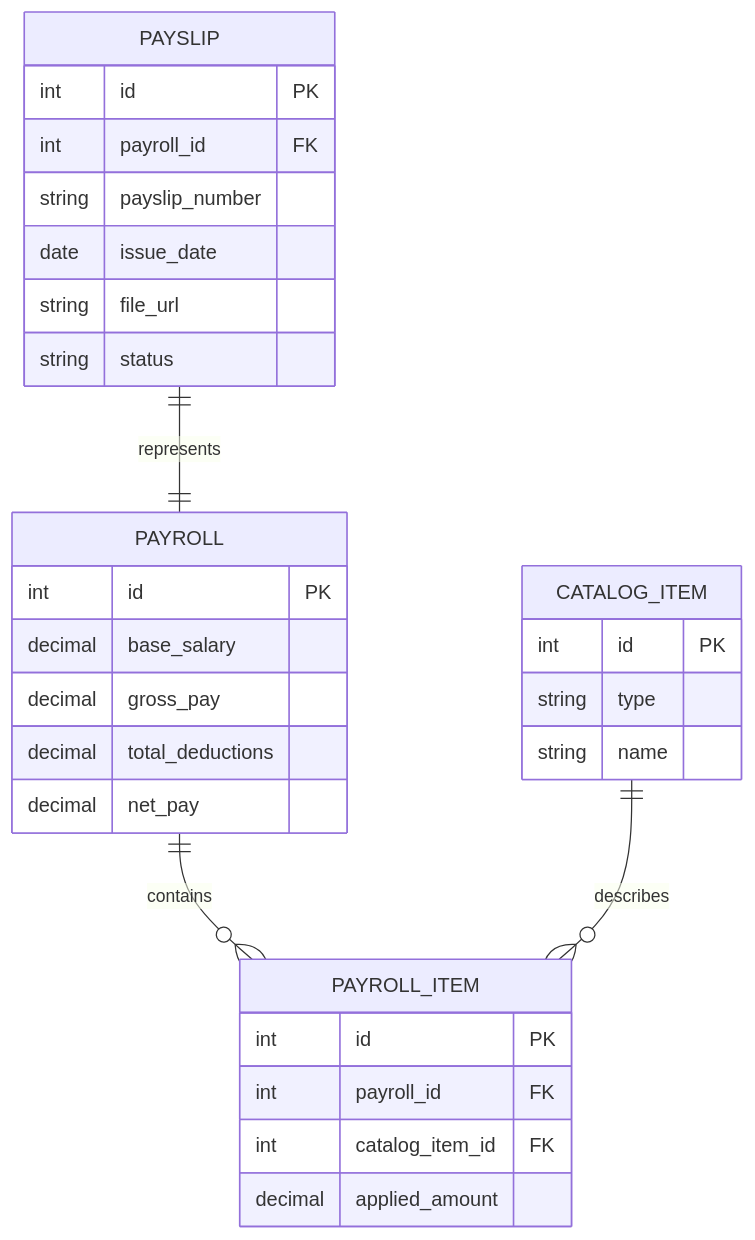
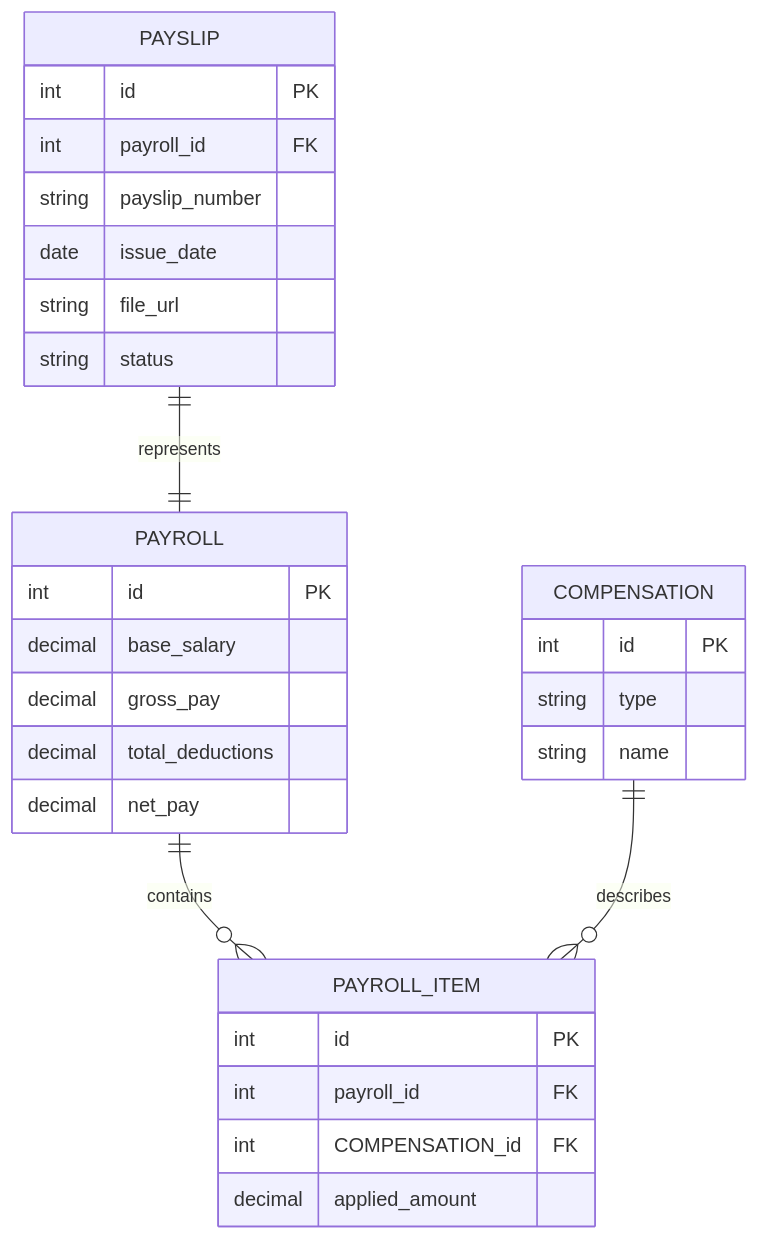
The fourth of 7 diagrams in docs/payroll/README.md (votrongdao/Copilot.HR), drawn with Mermaid before and after one commit. The commit also changed other lines of this file and 9 other files, not shown here.

````diff
--- a/docs/payroll/README.md
+++ b/docs/payroll/README.md
@@ -108,36 +120,36 @@
 ```mermaid
 erDiagram
     PAYSLIP ||--|| PAYROLL : "represents"
     PAYROLL ||--o{ PAYROLL_ITEM : "contains"
-    CATALOG_ITEM ||--o{ PAYROLL_ITEM : "describes"
+    COMPENSATION ||--o{ PAYROLL_ITEM : "describes"
 
     PAYSLIP {
         int id PK
         int payroll_id FK
         string payslip_number
         date issue_date
         string file_url
         string status
     }
 
     PAYROLL {
         int id PK
         decimal base_salary
         decimal gross_pay
         decimal total_deductions
         decimal net_pay
     }
 
     PAYROLL_ITEM {
         int id PK
         int payroll_id FK
-        int catalog_item_id FK
+        int COMPENSATION_id FK
         decimal applied_amount
     }
 
-    CATALOG_ITEM {
+    COMPENSATION {
         int id PK
         string type
         string name
     }
 ```
````
